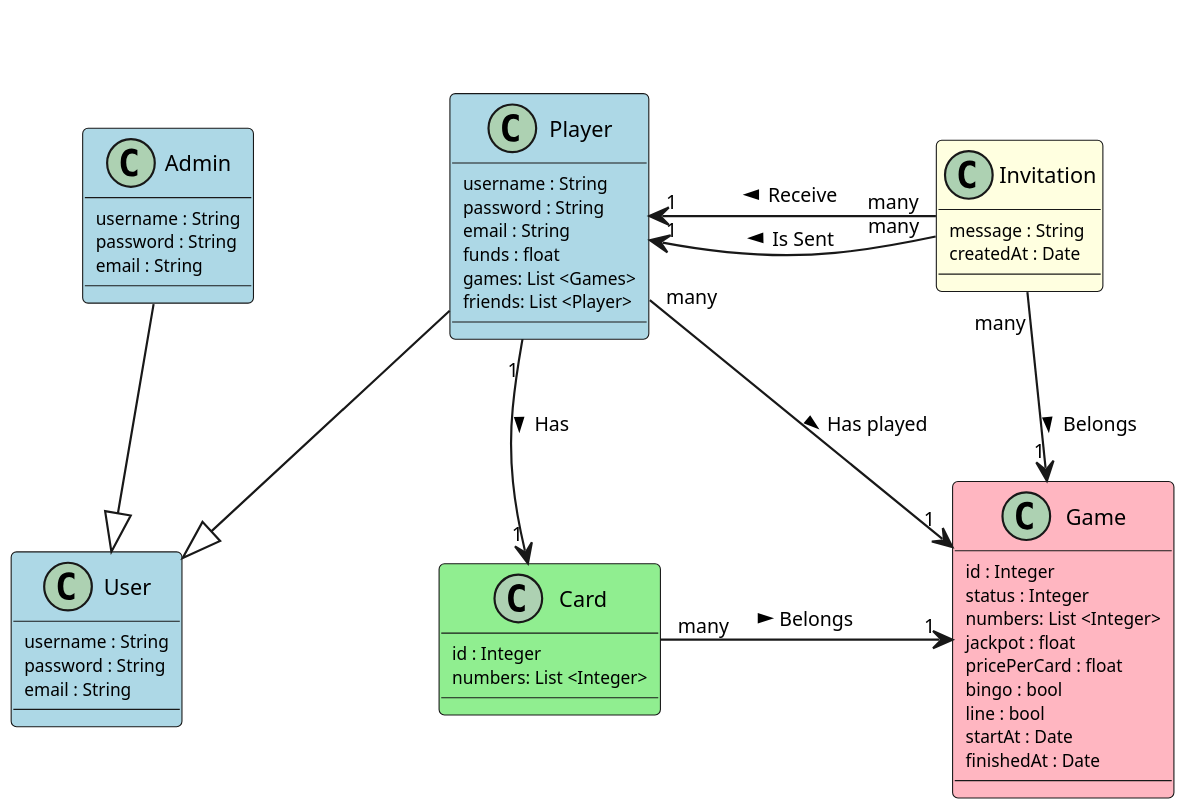
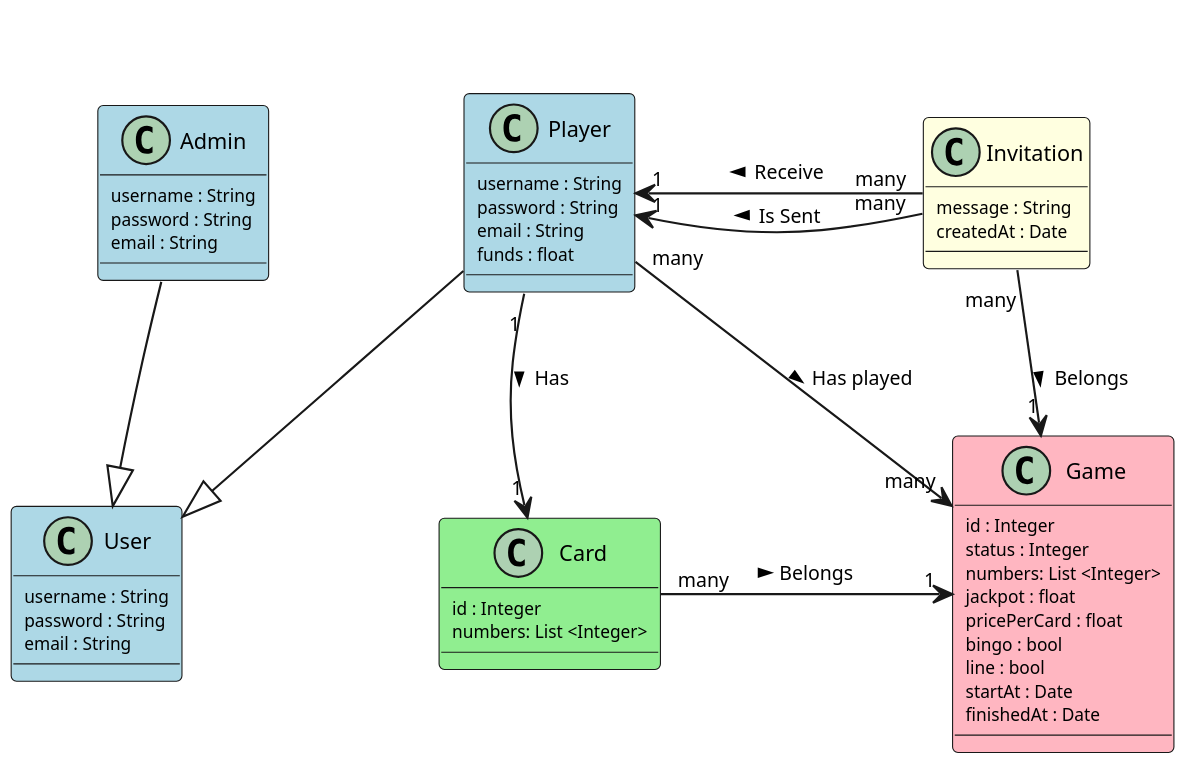
Before and after one commit to rogargon/webingo-gei-api: the diagram in entity_model.puml, drawn with PlantUML. The commit also changed 1 other file, not shown here.

Commit message:
Removed redundant variables on Player

```diff
--- a/entity_model.puml
+++ b/entity_model.puml
@@ -1,88 +1,86 @@
 @startuml
 
 skinparam dpi 200
 skinparam classAttributeFontSize 8
 skinparam classArrowFontSize 9
 skinparam classFontSize 10
 skinparam nodesep 90
 skinparam ranksep 40
 hide stereotype
 
 skinparam class {
 	BackgroundColor White
 	BackgroundColor<<Game>> LightPink
 	BackgroundColor<<User>> LightBlue
 	BackgroundColor<<Card>> LightGreen
 	BackgroundColor<<Invitation>> LightYellow
 }
 skinparam shadowing false
 
 skinparam package<<Layout>> {
   borderColor Transparent
   backgroundColor Transparent
   fontColor Transparent
   stereotypeFontColor Transparent
 }
 
 class User <<User>> {
     username : String
     password : String
     email : String
 }
 
 package Users <<Layout>>{
     class Player <<User>> {
         username : String
         password : String
         email : String
         funds : float
-        games: List <Games>
-        friends: List <Player>
     }
 
     class Admin <<User>> {
     username : String
     password : String
     email : String
     }
 }
 
 class Card <<Card>> {
     id : Integer
     numbers: List <Integer>
 }
 
 class Game <<Game>> {
     id : Integer
     status : Integer
     numbers: List <Integer>
     jackpot : float
     pricePerCard : float
     bingo : bool
     line : bool
     startAt : Date
     finishedAt : Date
 }
 
 class Invitation <<Invitation>> {
     message : String
     createdAt : Date
 }
 
 Invitation "many" -> "1" Player : Is Sent >
 
 Invitation "many" -> "1" Player : Receive >
 
 Invitation "many" --> "1" Game : Belongs >
 
 Game "1" <-left- "many" Card : Belongs <
 
 Player "1" --> "1" Card : Has >
 
-Player "many" --> "1" Game : Has played >
+Player "many" --> "many" Game : Has played >
 
 Player --|> User
 
 Admin -|> User
 
 @enduml
```
